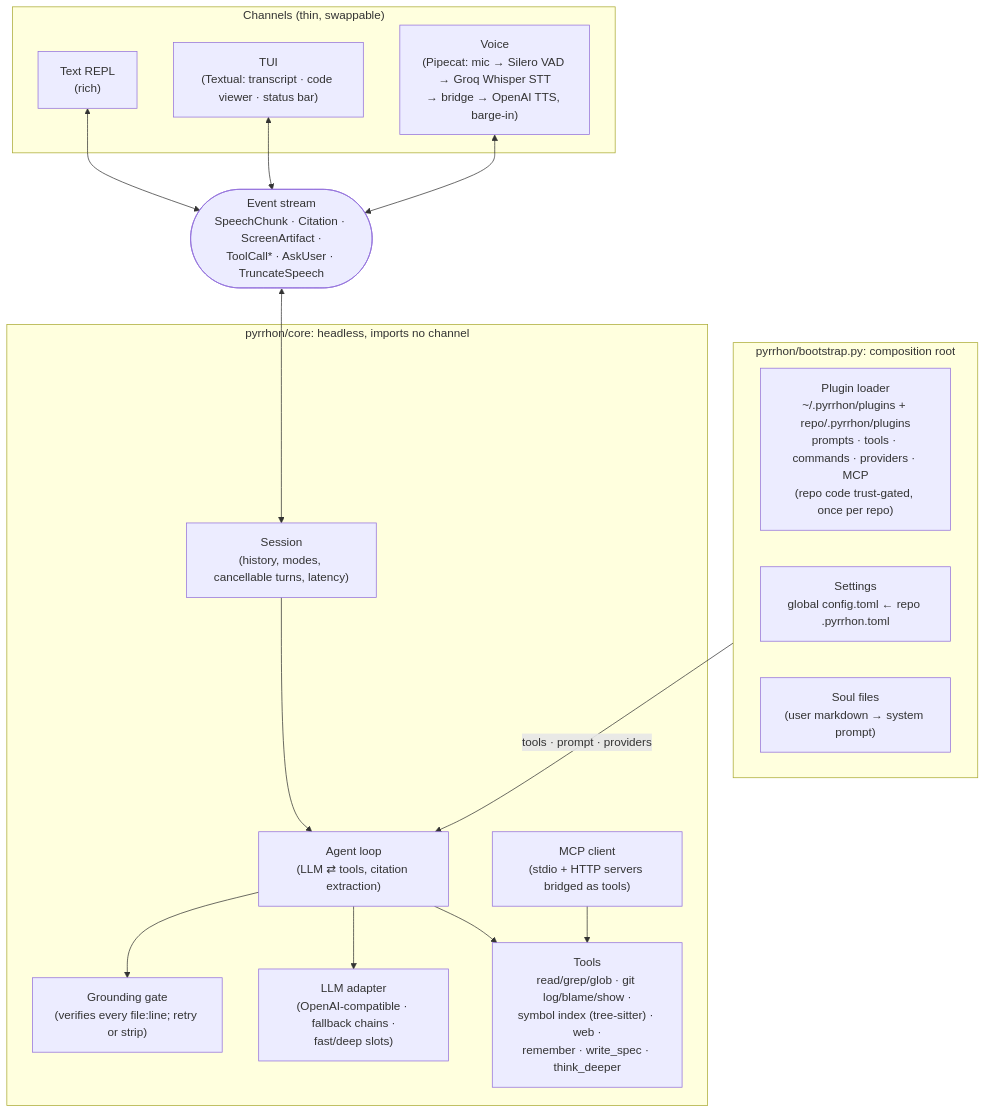
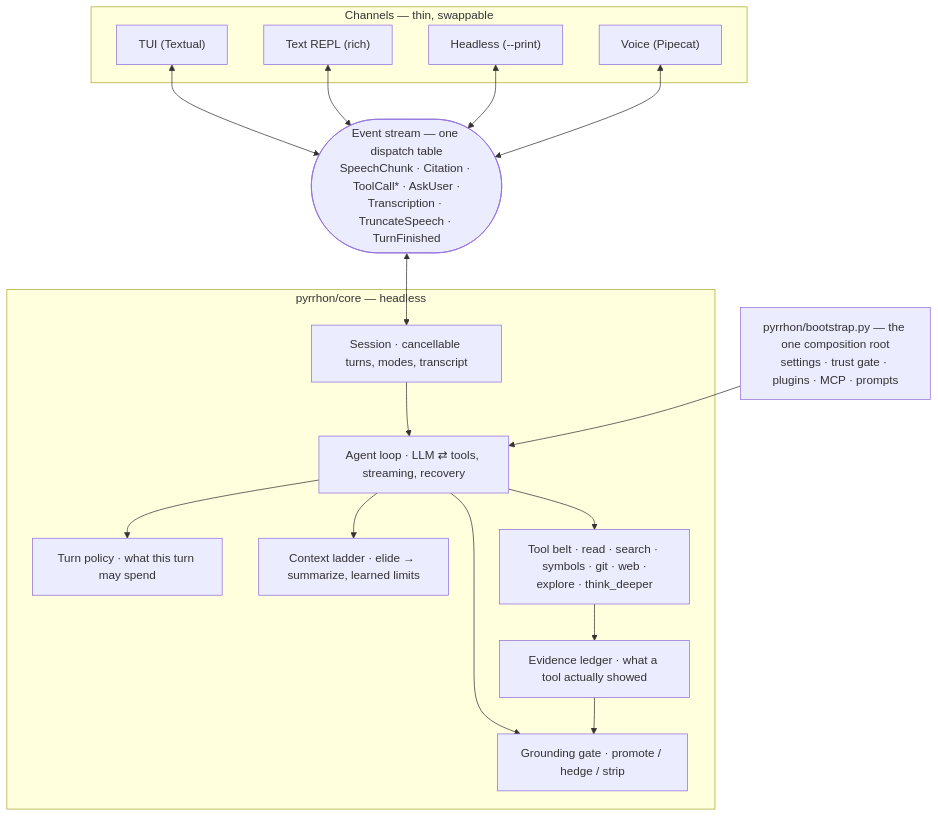
One commit to prabhjot0109/Pyrrhon changed the diagram in README.md. Above: the diagram before and after it, drawn with Mermaid. The commit also changed other lines of this file, not shown here.

````diff
--- a/README.md
+++ b/README.md
@@ -240,36 +276,37 @@
 ```mermaid
 flowchart TB
-    subgraph channels["Channels (thin, swappable)"]
-        REPL["Text REPL<br/>(rich)"]
-        TUI["TUI<br/>(Textual: transcript · code viewer · status bar)"]
-        VOICE["Voice<br/>(Pipecat: mic → Silero VAD → Groq Whisper STT<br/>→ bridge → OpenAI TTS, barge-in)"]
+    subgraph ch["Channels — thin, swappable"]
+        TUI["TUI (Textual)"]
+        REPL["Text REPL (rich)"]
+        HL["Headless (--print)"]
+        VOICE["Voice (Pipecat)"]
     end
 
-    EVENTS(["Event stream<br/>SpeechChunk · Citation · ScreenArtifact ·<br/>ToolCall* · AskUser · TruncateSpeech"])
+    EV(["Event stream — one dispatch table<br/>SpeechChunk · Citation · ToolCall* · AskUser ·<br/>Transcription · TruncateSpeech · TurnFinished"])
 
-    subgraph core["pyrrhon/core: headless, imports no channel"]
-        SESSION["Session<br/>(history, modes, cancellable turns, latency)"]
-        AGENT["Agent loop<br/>(LLM ⇄ tools, citation extraction)"]
-        GATE["Grounding gate<br/>(verifies every file:line; retry or strip)"]
-        LLM["LLM adapter<br/>(OpenAI-compatible · fallback chains ·<br/>fast/deep slots)"]
-        TOOLS["Tools<br/>read/grep/glob · git log/blame/show ·<br/>symbol index (tree-sitter) · web ·<br/>remember · write_spec · think_deeper"]
-        MCP["MCP client<br/>(stdio + HTTP servers bridged as tools)"]
+    subgraph core["pyrrhon/core — headless"]
+        SESSION["Session · cancellable turns, modes, transcript"]
+        LOOP["Agent loop · LLM ⇄ tools, streaming, recovery"]
+        POLICY["Turn policy · what this turn may spend"]
+        CTX["Context ladder · elide → summarize, learned limits"]
+        GATE["Grounding gate · promote / hedge / strip"]
+        LEDGER["Evidence ledger · what a tool actually showed"]
+        TOOLS["Tool belt · read · search · symbols · git · web ·<br/>explore · think_deeper"]
     end
 
-    subgraph compose["pyrrhon/bootstrap.py: composition root"]
-        PLUGINS["Plugin loader<br/>~/.pyrrhon/plugins + repo/.pyrrhon/plugins<br/>prompts · tools · commands · providers · MCP<br/>(repo code trust-gated, once per repo)"]
-        CONFIG["Settings<br/>global config.toml ← repo .pyrrhon.toml"]
-        SOUL["Soul files<br/>(user markdown → system prompt)"]
-    end
+    BOOT["pyrrhon/bootstrap.py — the one composition root<br/>settings · trust gate · plugins · MCP · prompts"]
 
-    REPL <--> EVENTS
-    TUI <--> EVENTS
-    VOICE <--> EVENTS
-    EVENTS <--> SESSION
-    SESSION --> AGENT
-    AGENT --> GATE
-    AGENT --> LLM
-    AGENT --> TOOLS
-    MCP --> TOOLS
-    compose -->|"tools · prompt · providers"| AGENT
+    TUI <--> EV
+    REPL <--> EV
+    HL <--> EV
+    VOICE <--> EV
+    EV <--> SESSION
+    SESSION --> LOOP
+    LOOP --> POLICY
+    LOOP --> CTX
+    LOOP --> TOOLS
+    LOOP --> GATE
+    TOOLS --> LEDGER
+    LEDGER --> GATE
+    BOOT --> LOOP
 ```
````
